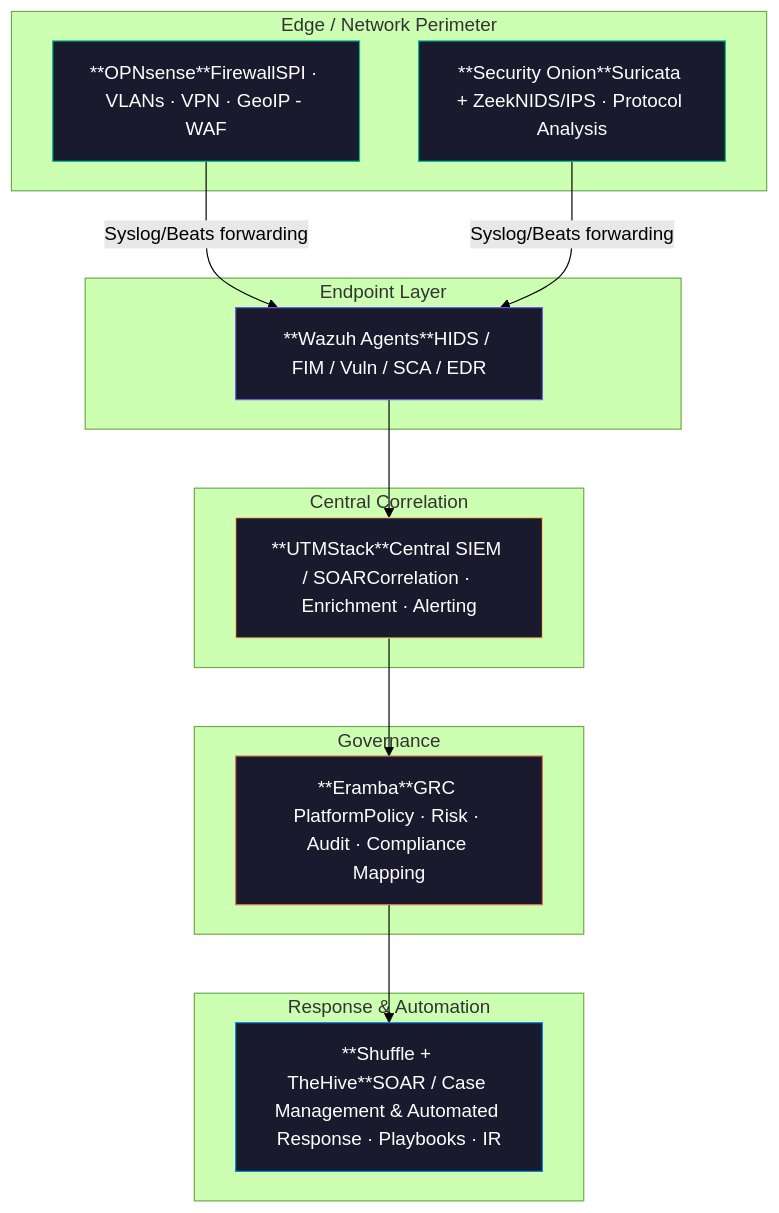
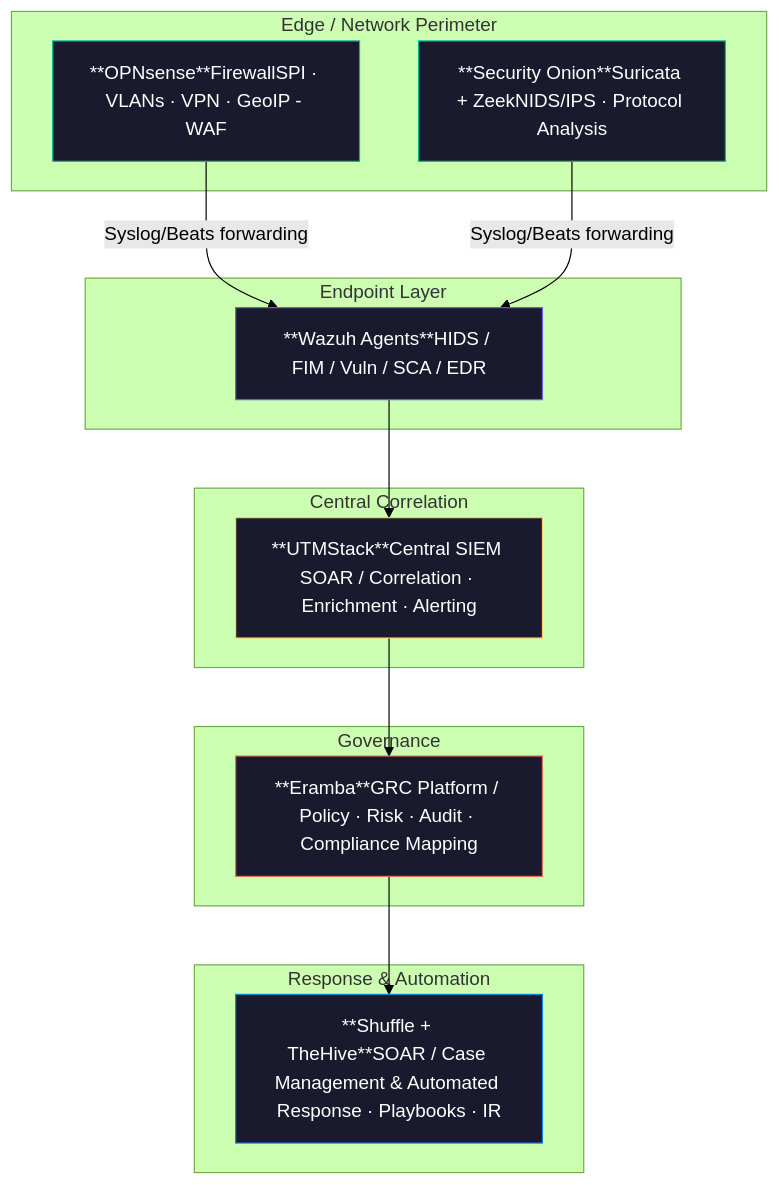
The diagram in notes/Open-Source_Security_Stack.md (sreilly1977/dlh-cyber_security), drawn with Mermaid (forest theme) before and after one commit.

````diff
--- a/notes/Open-Source_Security_Stack.md
+++ b/notes/Open-Source_Security_Stack.md
@@ -72,44 +72,44 @@
 ```mermaid
 graph TD
     subgraph Edge["Edge / Network Perimeter"]
         OPN["**OPNsense**FirewallSPI · VLANs · VPN · GeoIP - WAF"]
         SON["**Security Onion**Suricata + ZeekNIDS/IPS · Protocol Analysis"]
     end
 
     OPN -- "Syslog/Beats forwarding" --> WAZ
     SON -- "Syslog/Beats forwarding" --> WAZ
 
     subgraph Endpoint["Endpoint Layer"]
         WAZ["**Wazuh Agents**HIDS / FIM / Vuln / SCA / EDR"]
     end
 
     WAZ --> UTM
 
     subgraph Central["Central Correlation"]
-        UTM["**UTMStack**Central SIEM / SOARCorrelation · Enrichment · Alerting"]
+        UTM["**UTMStack**Central SIEM SOAR / Correlation · Enrichment · Alerting"]
     end
 
     UTM --> ERA
 
     subgraph Governance["Governance"]
-        ERA["**Eramba**GRC PlatformPolicy · Risk · Audit · Compliance Mapping"]
+        ERA["**Eramba**GRC Platform / Policy · Risk · Audit · Compliance Mapping"]
     end
 
     ERA --> SOAR
 
     subgraph Response["Response & Automation"]
         SOAR["**Shuffle + TheHive**SOAR / Case Management & Automated Response · Playbooks · IR"]
     end
 
     classDef edgeNode fill:#1a1a2e,stroke:#00b894,color:#fff
     classDef endpointNode fill:#1a1a2e,stroke:#6c5ce7,color:#fff
     classDef centralNode fill:#1a1a2e,stroke:#fdcb6e,color:#fff
     classDef govNode fill:#1a1a2e,stroke:#e17055,color:#fff
     classDef respNode fill:#1a1a2e,stroke:#0984e3,color:#fff
 
     class OPN,COR,SON edgeNode
     class WAZ endpointNode
     class UTM centralNode
     class ERA govNode
     class SOAR respNode
 ```
````
